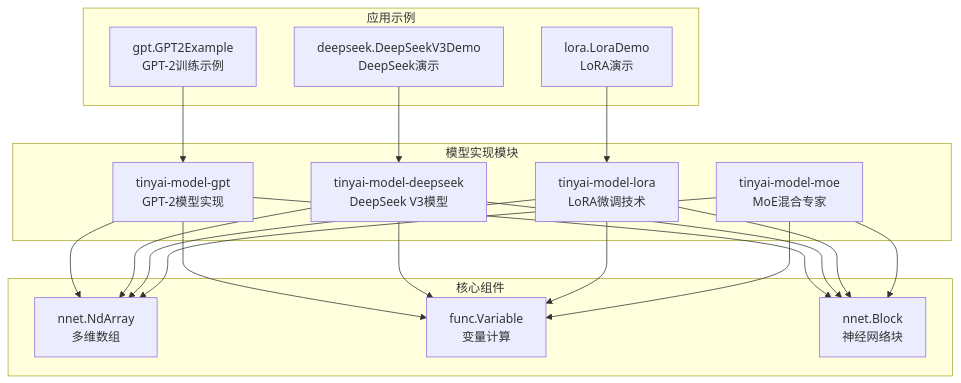
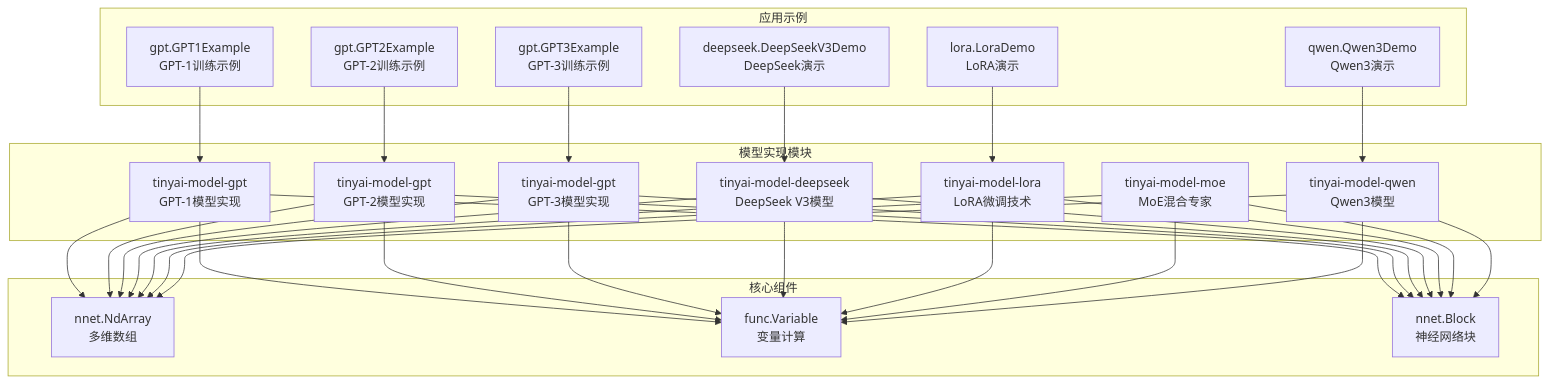
One commit to Leavesfly/TinyAI changed the first of 17 diagrams in .qoder/repowiki/zh/content/模型实现/模型实现.md. Above: the diagram before and after it, drawn with Mermaid. The commit also changed other lines of this file and 40 other files, not shown here.

````diff
--- a/.qoder/repowiki/zh/content/模型实现/模型实现.md
+++ b/.qoder/repowiki/zh/content/模型实现/模型实现.md
@@ -38,34 +55,52 @@
 ```mermaid
 graph TB
 subgraph "模型实现模块"
-GPT[tinyai-model-gpt<br/>GPT-2模型实现]
+GPT1[tinyai-model-gpt<br/>GPT-1模型实现]
+GPT2[tinyai-model-gpt<br/>GPT-2模型实现]
+GPT3[tinyai-model-gpt<br/>GPT-3模型实现]
 DS[tinyai-model-deepseek<br/>DeepSeek V3模型]
 LO[tinyai-model-lora<br/>LoRA微调技术]
 MO[tinyai-model-moe<br/>MoE混合专家]
+QW[tinyai-model-qwen<br/>Qwen3模型]
 end
 subgraph "核心组件"
 ND[nnet.NdArray<br/>多维数组]
 FUNC[func.Variable<br/>变量计算]
 BLOCK[nnet.Block<br/>神经网络块]
 end
 subgraph "应用示例"
-EX[gpt.GPT2Example<br/>GPT-2训练示例]
+EX1[gpt.GPT1Example<br/>GPT-1训练示例]
+EX2[gpt.GPT2Example<br/>GPT-2训练示例]
+EX3[gpt.GPT3Example<br/>GPT-3训练示例]
 DEMO[deepseek.DeepSeekV3Demo<br/>DeepSeek演示]
 LORAD[lora.LoraDemo<br/>LoRA演示]
+QWDEMO[qwen.Qwen3Demo<br/>Qwen3演示]
 end
-GPT --> ND
-GPT --> FUNC
-GPT --> BLOCK
+GPT1 --> ND
+GPT1 --> FUNC
+GPT1 --> BLOCK
+GPT2 --> ND
+GPT2 --> FUNC
+GPT2 --> BLOCK
+GPT3 --> ND
+GPT3 --> FUNC
+GPT3 --> BLOCK
 DS --> ND
 DS --> FUNC
 DS --> BLOCK
 LO --> ND
 LO --> FUNC
 LO --> BLOCK
 MO --> ND
 MO --> FUNC
 MO --> BLOCK
-EX --> GPT
+QW --> ND
+QW --> FUNC
+QW --> BLOCK
+EX1 --> GPT1
+EX2 --> GPT2
+EX3 --> GPT3
 DEMO --> DS
 LORAD --> LO
+QWDEMO --> QW
 ```
````
